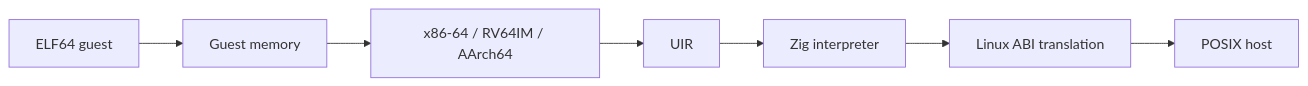
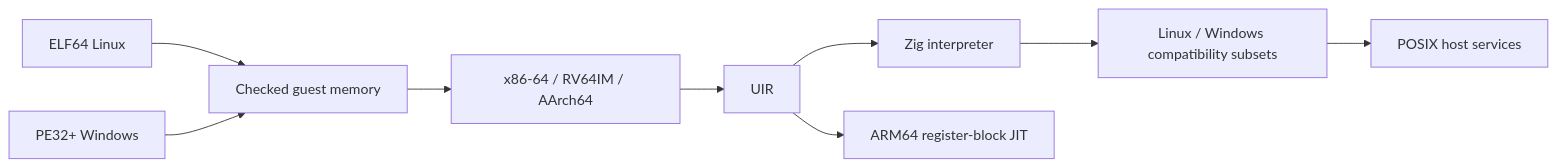
One commit to OthmaneBlial/universe changed the diagram in README.md. Above: the diagram before and after it, drawn with Mermaid. The commit also changed other lines of this file and 15 other files, not shown here.

````diff
--- a/README.md
+++ b/README.md
@@ -62,9 +80,11 @@
 ```mermaid
 flowchart LR
-    ELF[ELF64 guest] --> Memory[Guest memory]
+    ELF[ELF64 Linux] --> Memory[Checked guest memory]
+    PE[PE32+ Windows] --> Memory
     Memory --> CPU[x86-64 / RV64IM / AArch64]
     CPU --> UIR
     UIR --> Interpreter[Zig interpreter]
-    Interpreter --> Linux[Linux ABI translation]
-    Linux --> Host[POSIX host]
+    UIR --> JIT[ARM64 register-block JIT]
+    Interpreter --> ABI[Linux / Windows compatibility subsets]
+    ABI --> Host[POSIX host services]
 ```
````
